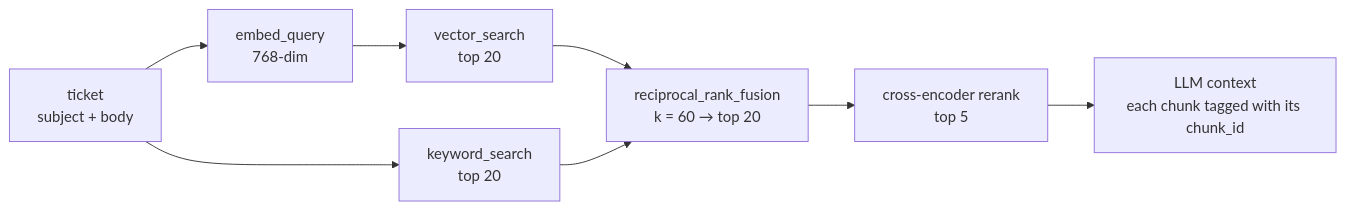
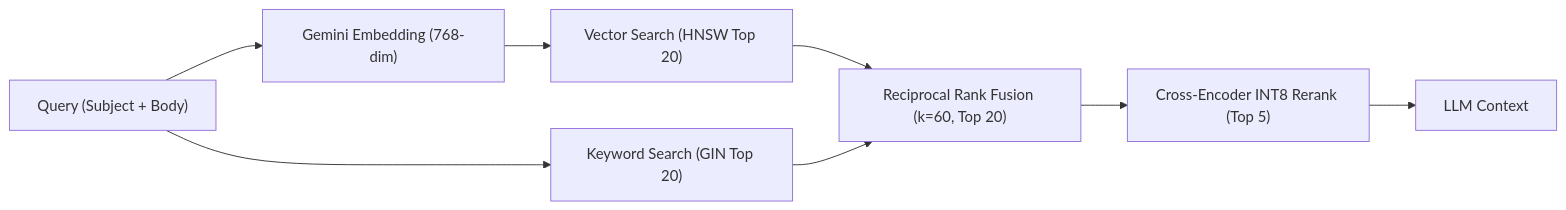
One commit to Shardul9999/AI-Support-Copilot changed the third of 4 diagrams in README.md. Above: the diagram before and after it, drawn with Mermaid. The commit also changed other lines of this file, not shown here.

Commit message:
docs: streamline README, condense architecture sections, and remove emojis

````diff
--- a/README.md
+++ b/README.md
@@ -152,10 +123,10 @@
 ```mermaid
 flowchart LR
-    Q["ticket<br/>subject + body"] --> E["embed_query<br/>768-dim"]
-    E --> V["vector_search<br/>top 20"]
-    Q --> K["keyword_search<br/>top 20"]
-    V --> F["reciprocal_rank_fusion<br/>k = 60 → top 20"]
+    Q["Query (Subject + Body)"] --> E["Gemini Embedding (768-dim)"]
+    E --> V["Vector Search (HNSW Top 20)"]
+    Q --> K["Keyword Search (GIN Top 20)"]
+    V --> F["Reciprocal Rank Fusion (k=60, Top 20)"]
     K --> F
-    F --> RR["cross-encoder rerank<br/>top 5"]
-    RR --> C["LLM context<br/>each chunk tagged with its chunk_id"]
+    F --> RR["Cross-Encoder INT8 Rerank (Top 5)"]
+    RR --> LLM["LLM Context"]
 ```
````
